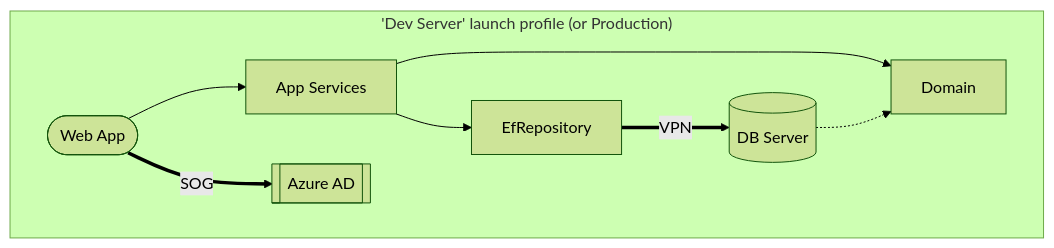
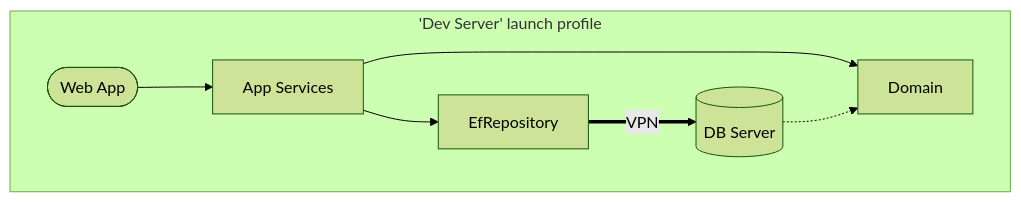
One commit to gaepdit/complaint-tracking changed the third of 3 diagrams in README.md. Above: the diagram before and after it, drawn with Mermaid (forest theme). The commit also changed other lines of this file and 44 other files, not shown here.

````diff
--- a/README.md
+++ b/README.md
@@ -98,18 +98,16 @@
 ```mermaid
 flowchart LR
-    subgraph SPD["'Dev Server' launch profile (or Production)"]
+    subgraph SPD["'Dev Server' launch profile"]
         direction LR
         D[Domain]
         R[EfRepository]
         A[App Services]
         W([Web App])
         B[(DB Server)]
-        Z[[Azure AD]]
 
         W --> A
         A --> D
         A --> R
         R ==>|VPN| B -.-> D
-        W ==>|SOG| Z
     end
 ```
````
